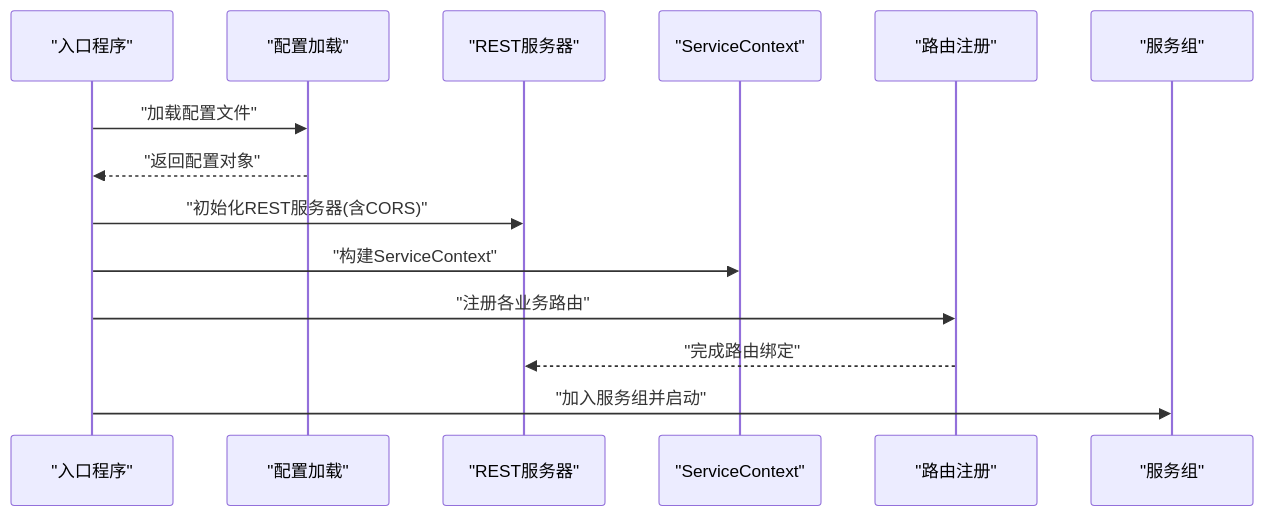
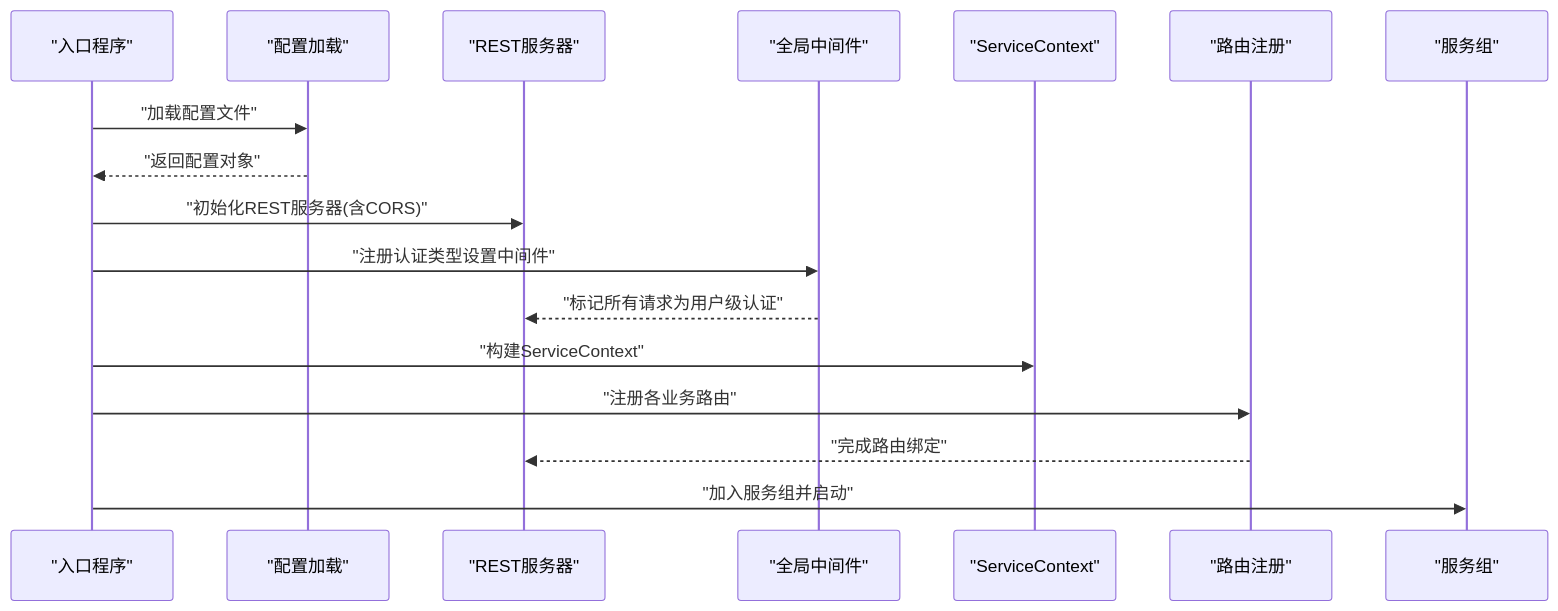
Before and after one commit to maomao94/zero-service: the eighth of 9 diagrams in .qoder/repowiki/zh/content/网关与接口/BFF网关/网关架构设计.md, drawn with Mermaid. The commit also changed other lines of this file and 7 other files, not shown here.

````diff
--- a/.qoder/repowiki/zh/content/网关与接口/BFF网关/网关架构设计.md
+++ b/.qoder/repowiki/zh/content/网关与接口/BFF网关/网关架构设计.md
@@ -215,16 +291,19 @@
 ```mermaid
 sequenceDiagram
 participant Main as "入口程序"
 participant Cfg as "配置加载"
 participant Srv as "REST服务器"
+participant GlobalMW as "全局中间件"
 participant Ctx as "ServiceContext"
 participant Reg as "路由注册"
 participant Group as "服务组"
 Main->>Cfg : "加载配置文件"
 Cfg-->>Main : "返回配置对象"
 Main->>Srv : "初始化REST服务器(含CORS)"
+Main->>GlobalMW : "注册认证类型设置中间件"
+GlobalMW-->>Srv : "标记所有请求为用户级认证"
 Main->>Ctx : "构建ServiceContext"
 Main->>Reg : "注册各业务路由"
 Reg-->>Srv : "完成路由绑定"
 Main->>Group : "加入服务组并启动"
 ```
````
